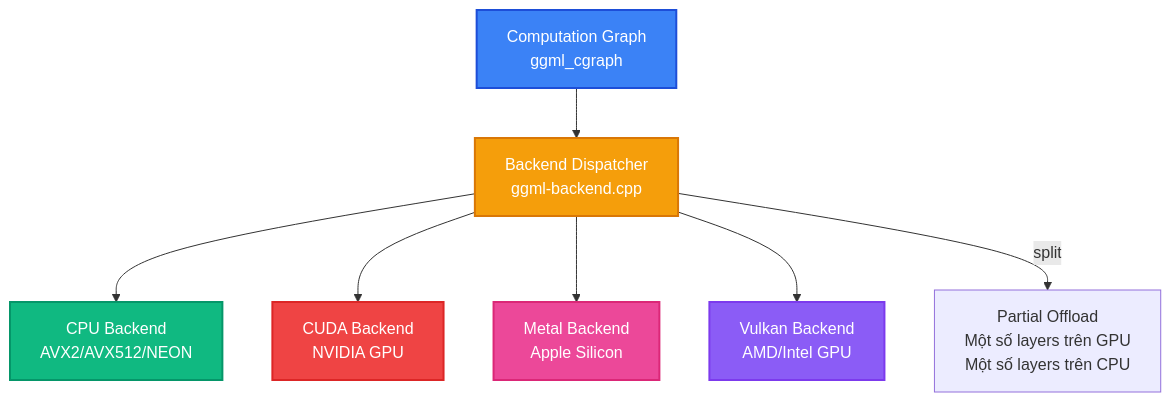
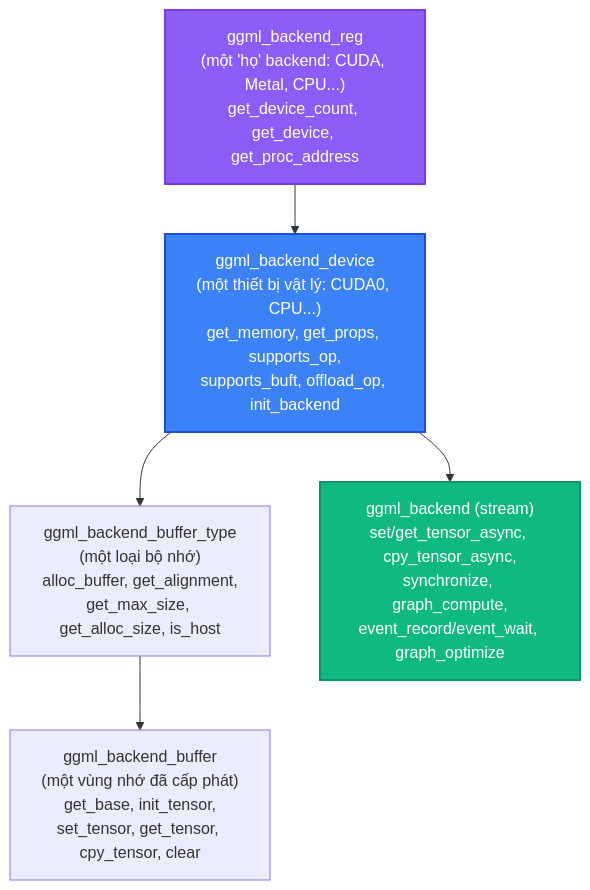
One commit to tuandung222/llama-cpp-architecture-lectures changed the first of 3 diagrams in docs/lesson_6_hardware_backends.md. Above: the diagram before and after it, drawn with Mermaid. The commit also changed other lines of this file and 5 other files, not shown here.

````diff
--- a/docs/lesson_6_hardware_backends.md
+++ b/docs/lesson_6_hardware_backends.md
@@ -49,17 +16,11 @@
 ```mermaid
 graph TD
-    CG["Computation Graph\nggml_cgraph"] --> BD["Backend Dispatcher\nggml-backend.cpp"]
-    BD --> CPU["CPU Backend\nAVX2/AVX512/NEON"]
-    BD --> CUDA["CUDA Backend\nNVIDIA GPU"]
-    BD --> Metal["Metal Backend\nApple Silicon"]
-    BD --> Vulkan["Vulkan Backend\nAMD/Intel GPU"]
+    REG["ggml_backend_reg\n(một 'họ' backend: CUDA, Metal, CPU...)\nget_device_count, get_device, get_proc_address"] --> DEV["ggml_backend_device\n(một thiết bị vật lý: CUDA0, CPU...)\nget_memory, get_props, supports_op,\nsupports_buft, offload_op, init_backend"]
+    DEV --> BUFT["ggml_backend_buffer_type\n(một loại bộ nhớ)\nalloc_buffer, get_alignment,\nget_max_size, get_alloc_size, is_host"]
+    BUFT --> BUF["ggml_backend_buffer\n(một vùng nhớ đã cấp phát)\nget_base, init_tensor,\nset_tensor, get_tensor, cpy_tensor, clear"]
+    DEV --> BE["ggml_backend (stream)\nset/get_tensor_async, cpy_tensor_async,\nsynchronize, graph_compute,\nevent_record/event_wait, graph_optimize"]
 
-    BD -->|split| Partial["Partial Offload\nMột số layers trên GPU\nMột số layers trên CPU"]
-
-    style CG fill:#3b82f6,stroke:#1d4ed8,stroke-width:2px,color:#fff
-    style BD fill:#f59e0b,stroke:#d97706,stroke-width:2px,color:#fff
-    style CPU fill:#10b981,stroke:#059669,stroke-width:2px,color:#fff
-    style CUDA fill:#ef4444,stroke:#dc2626,stroke-width:2px,color:#fff
-    style Metal fill:#ec4899,stroke:#db2777,stroke-width:2px,color:#fff
-    style Vulkan fill:#8b5cf6,stroke:#7c3aed,stroke-width:2px,color:#fff
+    style REG fill:#8b5cf6,stroke:#7c3aed,stroke-width:2px,color:#fff
+    style DEV fill:#3b82f6,stroke:#1d4ed8,stroke-width:2px,color:#fff
+    style BE fill:#10b981,stroke:#059669,stroke-width:2px,color:#fff
 ```
````
